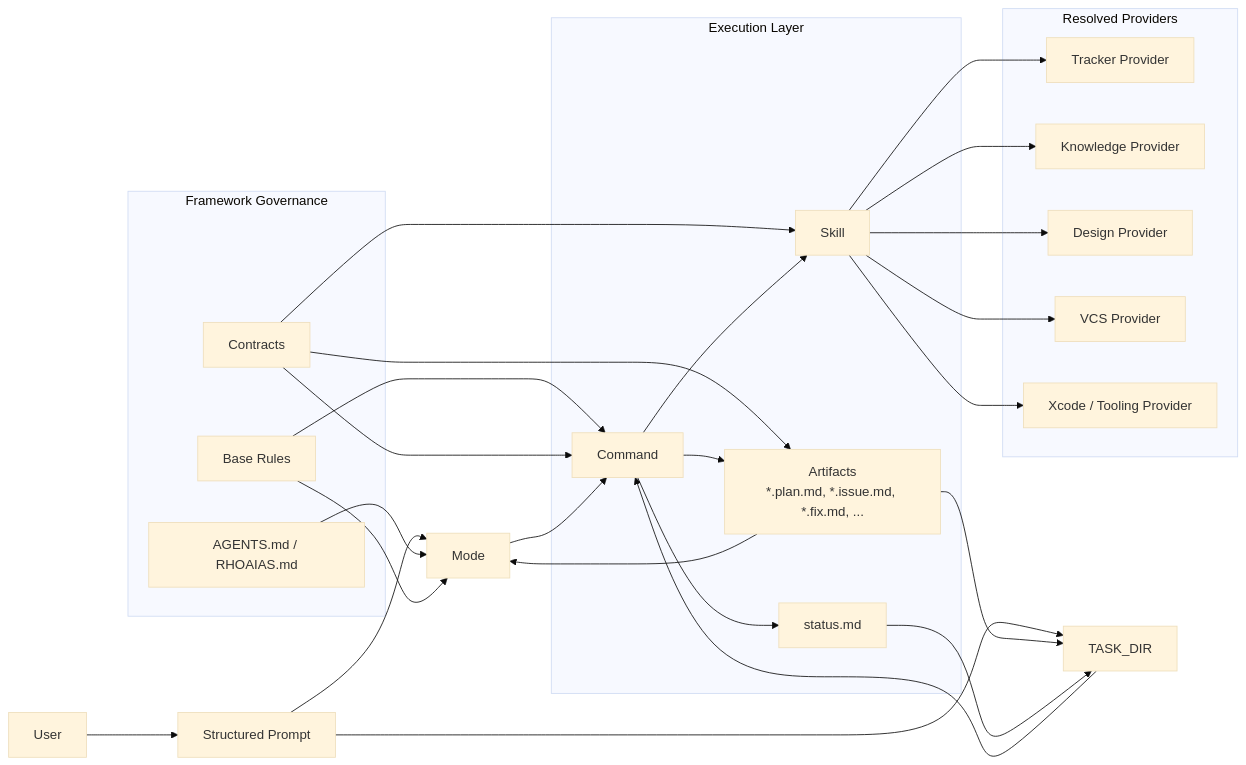
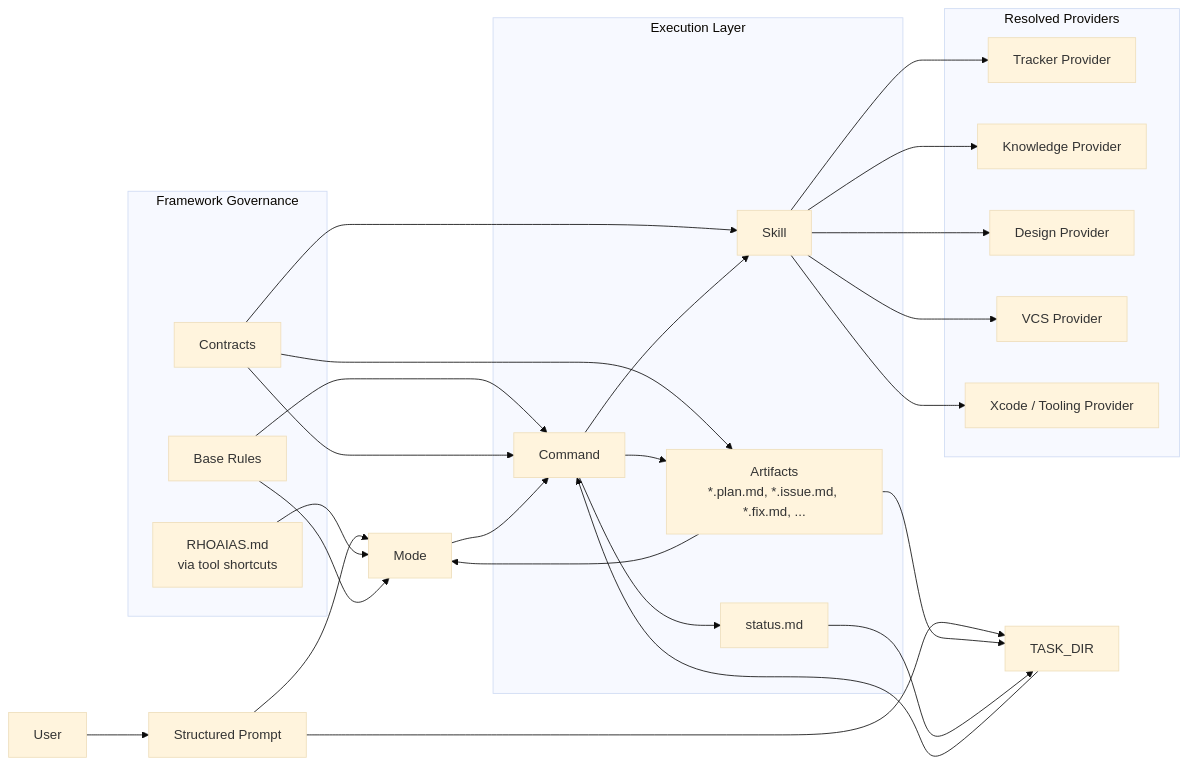
The first of 4 diagrams in docs/ARCHITECTURE.md (reeceGuerra/aias), drawn with Mermaid (base theme) before and after one commit. The commit also changed other lines of this file and 2 other files, not shown here.

Commit message:
docs: Standardize RHOAIAS.md as the primary project context

````diff
--- a/docs/ARCHITECTURE.md
+++ b/docs/ARCHITECTURE.md
@@ -156,50 +160,50 @@
 ```mermaid
 flowchart LR
     U[User] --> SP[Structured Prompt]
     SP --> Mode[Mode]
     SP --> TaskDir[TASK_DIR]
 
     subgraph Governance["Framework Governance"]
-        Context[AGENTS.md / RHOAIAS.md]
+        Context[RHOAIAS.md<br/>via tool shortcuts]
         Rules[Base Rules]
         Contracts[Contracts]
     end
 
     subgraph Execution["Execution Layer"]
         Command[Command]
         Skill[Skill]
         Status[status.md]
         Artifacts[Artifacts<br/>*.plan.md, *.issue.md, *.fix.md, ...]
     end
 
     subgraph Providers["Resolved Providers"]
         Tracker[Tracker Provider]
         Knowledge[Knowledge Provider]
         Design[Design Provider]
         VCS[VCS Provider]
         Xcode[Xcode / Tooling Provider]
     end
 
     Context --> Mode
     Rules --> Mode
     Rules --> Command
     Contracts --> Command
     Contracts --> Skill
     Contracts --> Artifacts
 
     Mode --> Command
     TaskDir --> Command
     Command --> Skill
     Command --> Artifacts
     Command --> Status
 
     Skill --> Tracker
     Skill --> Knowledge
     Skill --> Design
     Skill --> VCS
     Skill --> Xcode
 
     Artifacts --> TaskDir
     Status --> TaskDir
     Artifacts --> Mode
 ```
````
